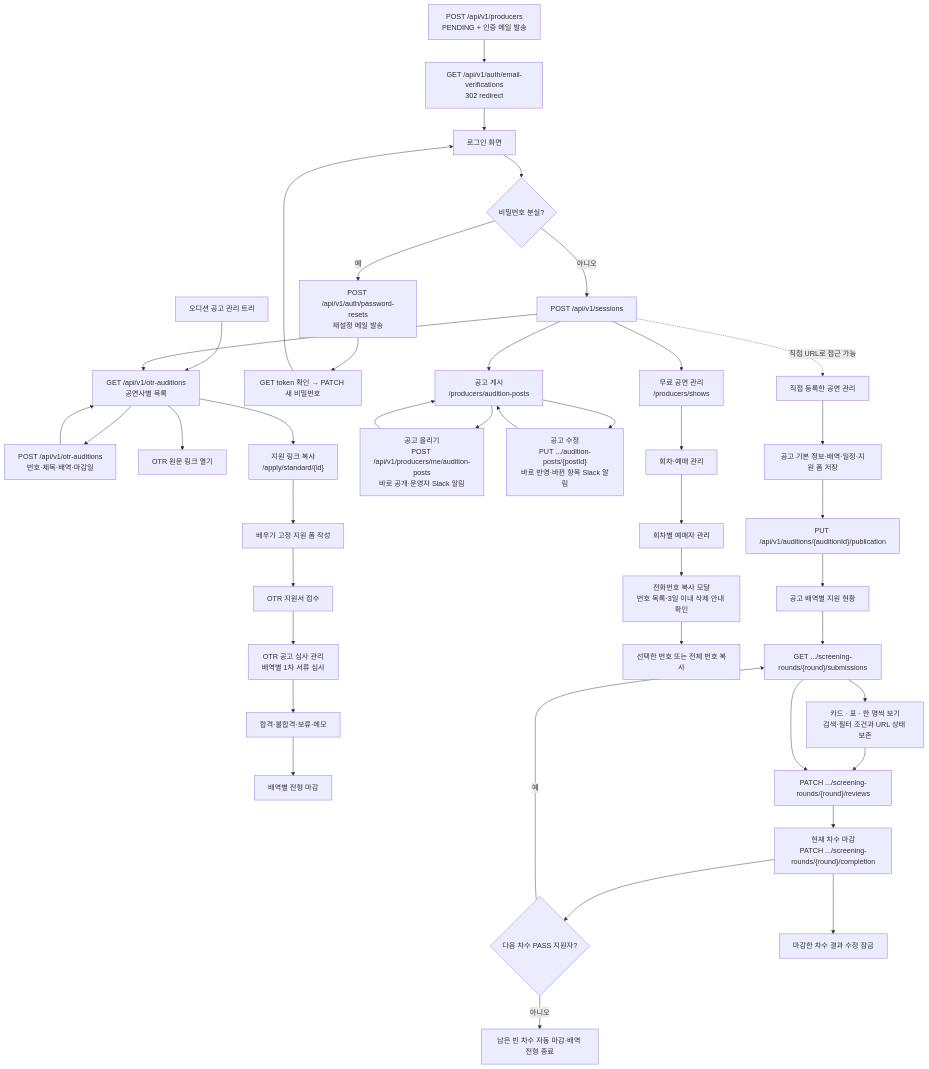
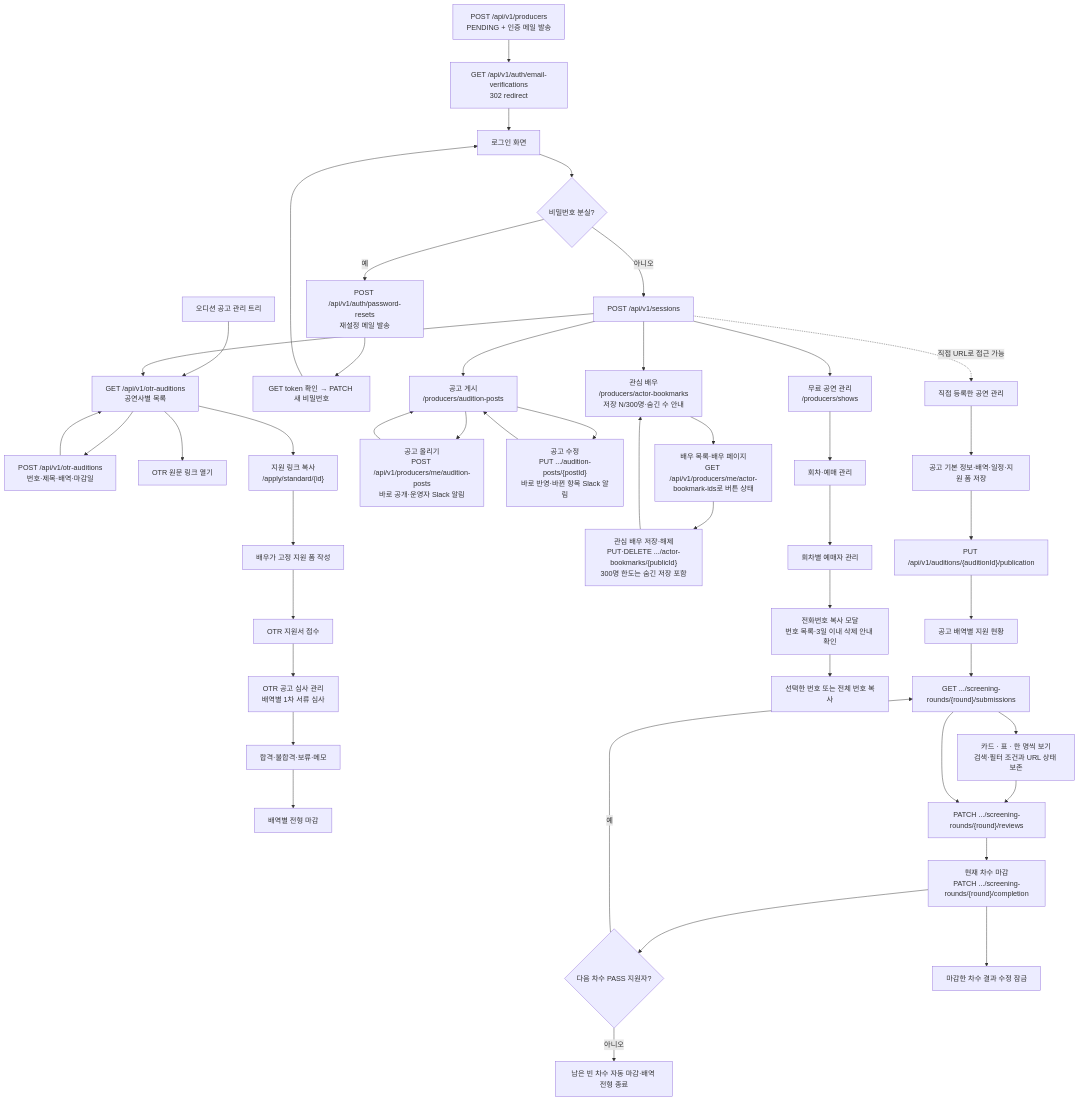
One commit to woowacourse-teams/2026-yesulin changed the diagram in frontend/docs/user-flows/producer.mmd. Above: the diagram before and after it, drawn with Mermaid. The commit also changed 30 other files, not shown here.

```diff
--- a/frontend/docs/user-flows/producer.mmd
+++ b/frontend/docs/user-flows/producer.mmd
@@ -1,42 +1,46 @@
 flowchart TD
     OTR_TREE["오디션 공고 관리 트리"] --> OTR_LIST["GET /api/v1/otr-auditions<br>공연사별 목록"]
     OTR_LIST --> OTR_CREATE["POST /api/v1/otr-auditions<br>번호·제목·배역·마감일"]
     OTR_CREATE --> OTR_LIST
     OTR_LIST --> OTR_SOURCE["OTR 원문 링크 열기"]
     OTR_LIST --> OTR_APPLY["지원 링크 복사<br>/apply/standard/{id}"]
     OTR_APPLY --> OTR_FORM["배우가 고정 지원 폼 작성"]
     OTR_FORM --> OTR_SUBMIT["OTR 지원서 접수"]
     OTR_SUBMIT --> OTR_SCREEN["OTR 공고 심사 관리<br>배역별 1차 서류 심사"]
     OTR_SCREEN --> OTR_DECIDE["합격·불합격·보류·메모"]
     OTR_DECIDE --> OTR_CLOSE["배역별 전형 마감"]
     SIGNUP["POST /api/v1/producers<br>PENDING + 인증 메일 발송"] --> VERIFY["GET /api/v1/auth/email-verifications<br>302 redirect"]
     VERIFY --> LOGIN_FORM["로그인 화면"]
     LOGIN_FORM --> FORGOT{"비밀번호 분실?"}
     FORGOT -- 예 --> RESET_MAIL["POST /api/v1/auth/password-resets<br>재설정 메일 발송"]
     RESET_MAIL --> RESET["GET token 확인 → PATCH 새 비밀번호"]
     RESET --> LOGIN_FORM
     FORGOT -- 아니오 --> LOGIN["POST /api/v1/sessions"]
     LOGIN --> FREE_SHOW["무료 공연 관리<br>/producers/shows"]
     LOGIN --> OTR_LIST
     LOGIN --> POSTS["공고 게시<br>/producers/audition-posts"]
     POSTS --> POST_NEW["공고 올리기<br>POST /api/v1/producers/me/audition-posts<br>바로 공개·운영자 Slack 알림"]
     POSTS --> POST_EDIT["공고 수정<br>PUT .../audition-posts/{postId}<br>바로 반영·바뀐 항목 Slack 알림"]
     POST_NEW --> POSTS
     POST_EDIT --> POSTS
+    LOGIN --> BOOKMARKS["관심 배우<br>/producers/actor-bookmarks<br>저장 N/300명·숨긴 수 안내"]
+    BOOKMARKS --> ACTORS["배우 목록·배우 페이지<br>GET /api/v1/producers/me/actor-bookmark-ids로 버튼 상태"]
+    ACTORS --> BOOKMARK_TOGGLE["관심 배우 저장·해제<br>PUT·DELETE .../actor-bookmarks/{publicId}<br>300명 한도는 숨긴 저장 포함"]
+    BOOKMARK_TOGGLE --> BOOKMARKS
     FREE_SHOW --> FREE_SESSION["회차·예매 관리"]
     FREE_SESSION --> FREE_RESERVATIONS["회차별 예매자 관리"]
     FREE_RESERVATIONS --> PHONE_LIST["전화번호 복사 모달<br>번호 목록·3일 이내 삭제 안내 확인"]
     PHONE_LIST --> PHONE_COPY["선택한 번호 또는 전체 번호 복사"]
     LOGIN -. "직접 URL로 접근 가능" .-> PERFORMANCE["직접 등록한 공연 관리"]
     PERFORMANCE --> AUDITION["공고 기본 정보·배역·일정·지원 폼 저장"]
     AUDITION --> PUBLISH["PUT /api/v1/auditions/{auditionId}/publication"]
     PUBLISH --> ROLE["공고 배역별 지원 현황"]
     ROLE --> BOARD["GET .../screening-rounds/{round}/submissions"]
     BOARD --> FOCUS["카드 · 표 · 한 명씩 보기\n검색·필터 조건과 URL 상태 보존"]
     FOCUS --> REVIEW
     BOARD --> REVIEW["PATCH .../screening-rounds/{round}/reviews"]
     REVIEW --> COMPLETE["현재 차수 마감<br>PATCH .../screening-rounds/{round}/completion"]
     COMPLETE --> NEXT{"다음 차수 PASS 지원자?"}
     NEXT -- 예 --> BOARD
     NEXT -- 아니오 --> LOCKED["남은 빈 차수 자동 마감·배역 전형 종료"]
     COMPLETE --> CURRENT_LOCKED["마감한 차수 결과 수정 잠금"]
```
